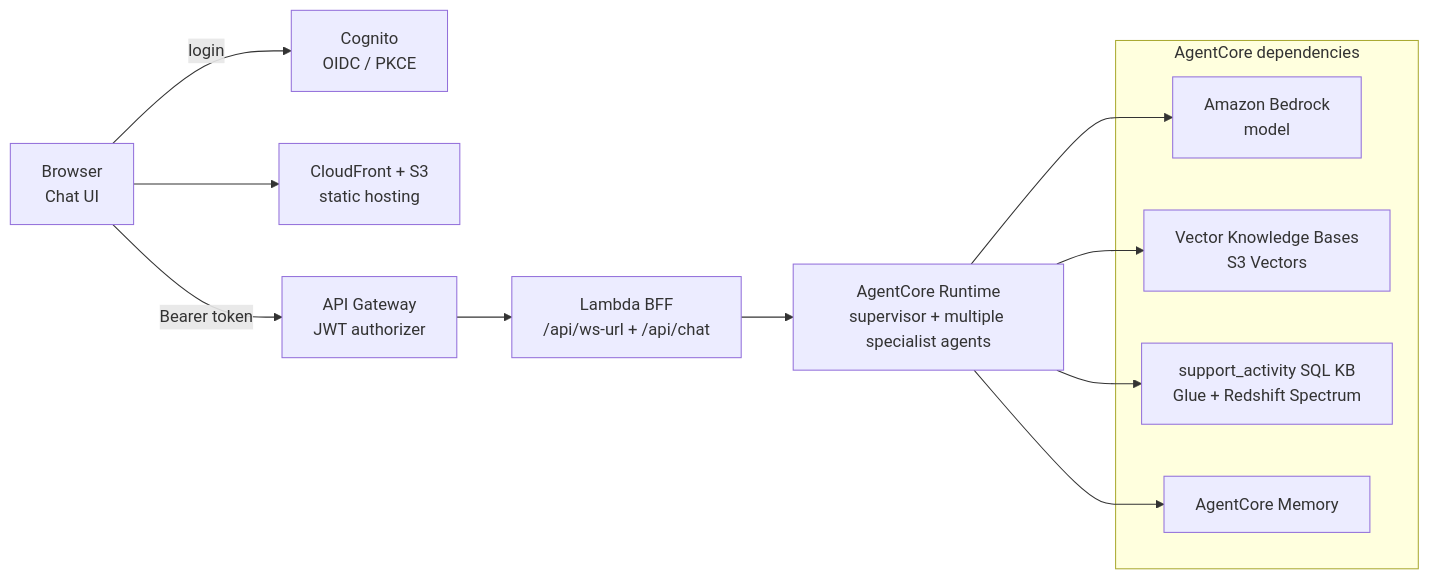
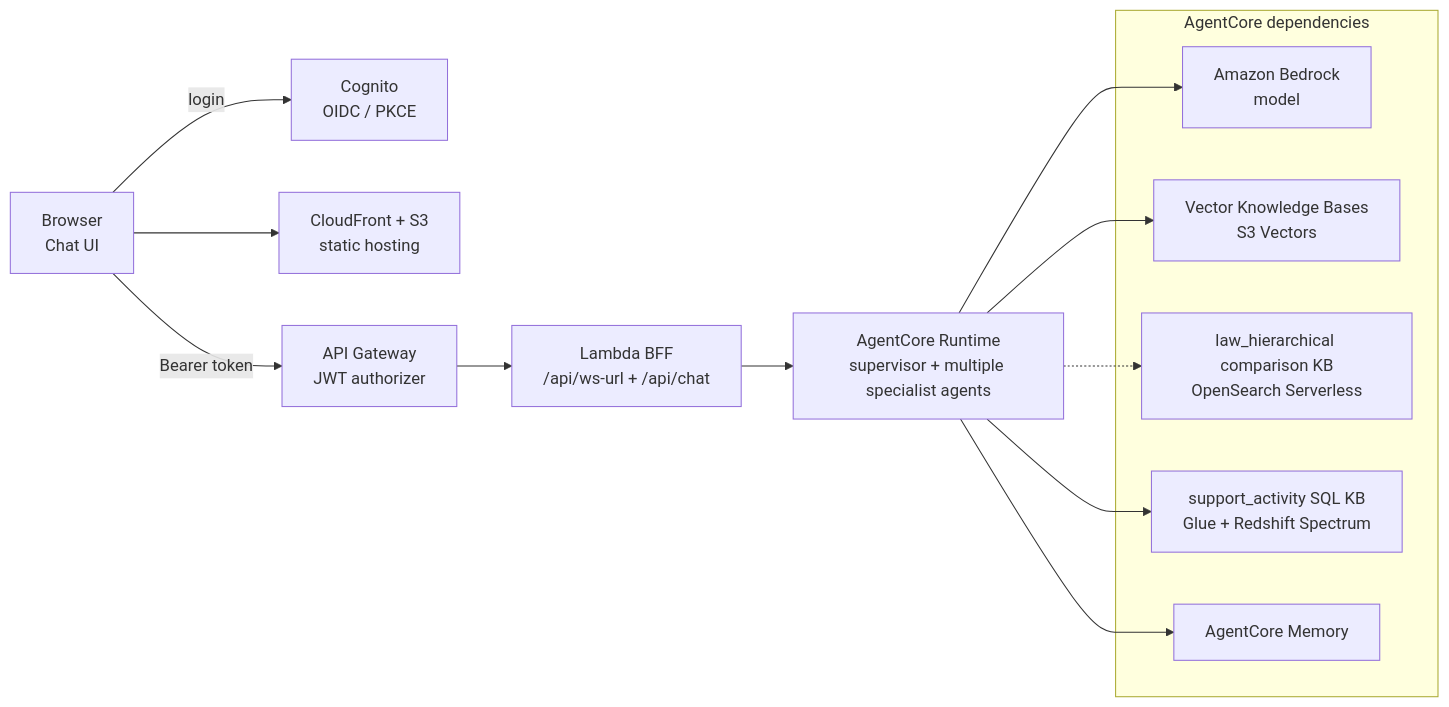
One commit to nichicom-c/wel-agents-poc changed the diagram in README.md. Above: the diagram before and after it, drawn with Mermaid. The commit also changed other lines of this file and 5 other files, not shown here.

Commit message:
docs: law hierarchical KB の運用を追記

````diff
--- a/README.md
+++ b/README.md
@@ -51,26 +51,28 @@
 ```mermaid
 flowchart LR
   User["Browser<br/>Chat UI"]
   Auth["Cognito<br/>OIDC / PKCE"]
   Hosting["CloudFront + S3<br/>static hosting"]
   Api["API Gateway<br/>JWT authorizer"]
   Bff["Lambda BFF<br/>/api/ws-url + /api/chat"]
   Runtime["AgentCore Runtime<br/>supervisor + multiple specialist agents"]
 
   subgraph AgentCoreDeps["AgentCore dependencies"]
     Bedrock["Amazon Bedrock<br/>model"]
     KnowledgeBase["Vector Knowledge Bases<br/>S3 Vectors"]
+    HierarchicalKb["law_hierarchical comparison KB<br/>OpenSearch Serverless"]
     StructuredKb["support_activity SQL KB<br/>Glue + Redshift Spectrum"]
     Memory["AgentCore Memory"]
   end
 
   User -->|login| Auth
   User --> Hosting
   User -->|Bearer token| Api
   Api --> Bff
   Bff --> Runtime
   Runtime --> Bedrock
   Runtime --> KnowledgeBase
+  Runtime -.-> HierarchicalKb
   Runtime --> StructuredKb
   Runtime --> Memory
 ```
````
